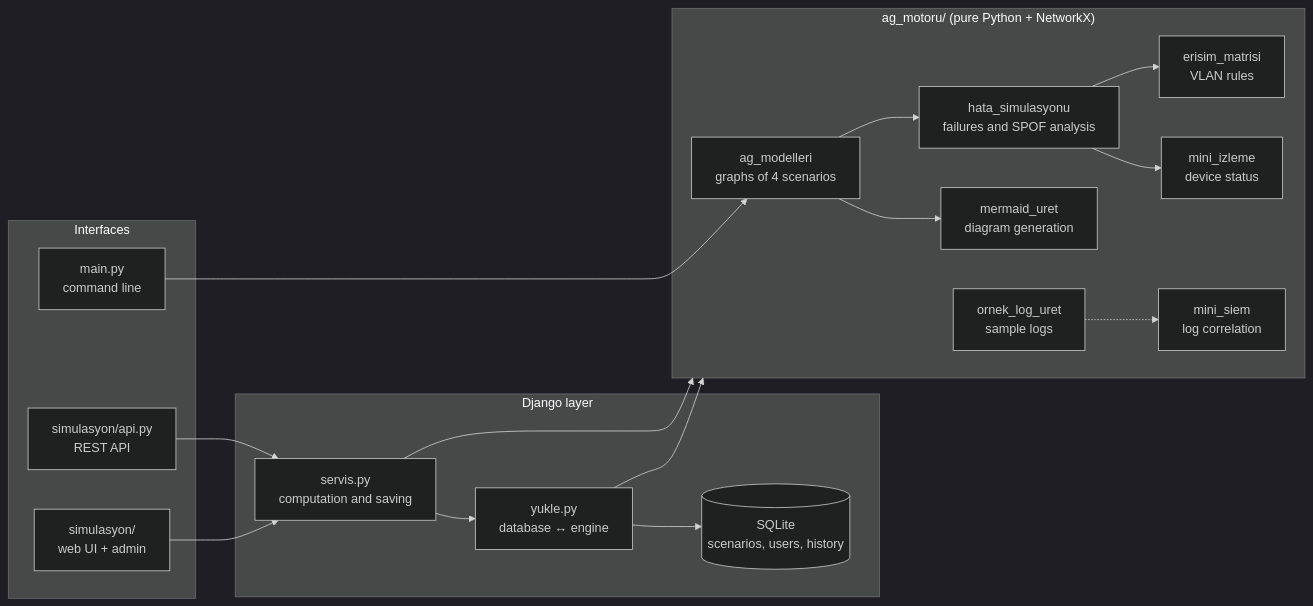
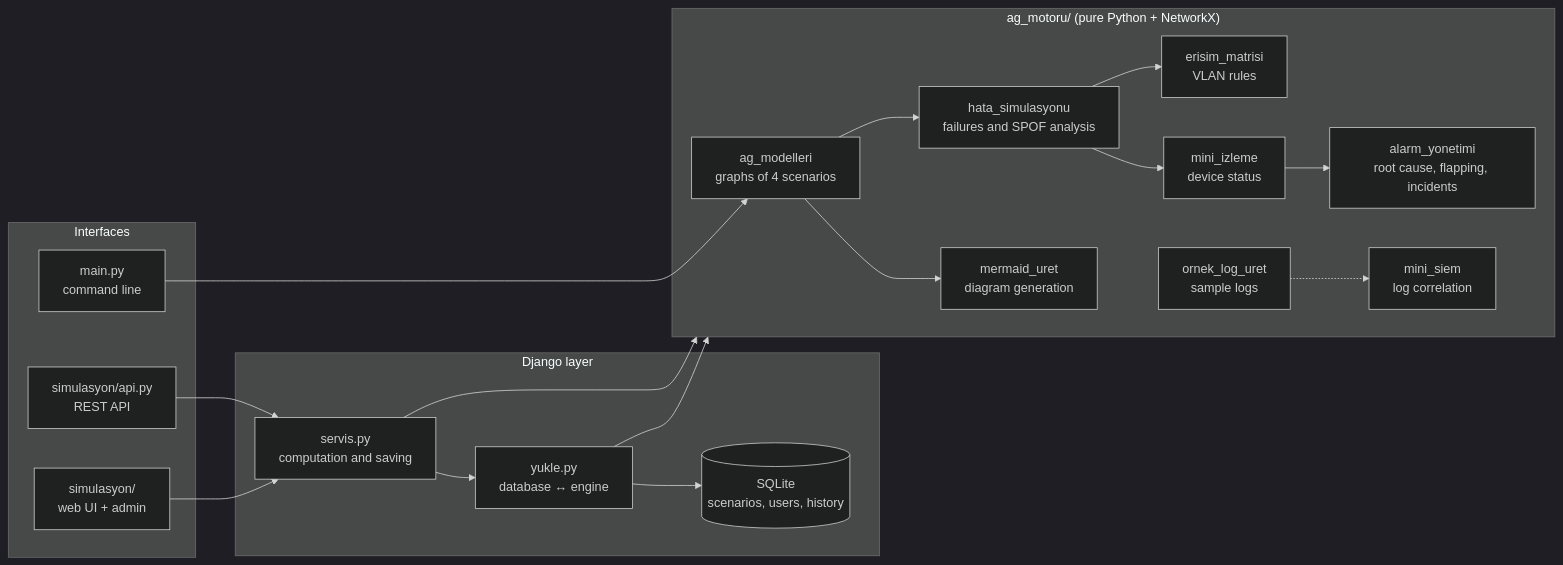
The first of 5 diagrams in README.en.md (ikrabaser/network-topology-simulation), drawn with Mermaid (dark theme) before and after one commit. The commit also changed other lines of this file and 4 other files, not shown here.

````diff
--- a/README.en.md
+++ b/README.en.md
@@ -24,34 +25,36 @@
 ```mermaid
 flowchart LR
     subgraph arayuz["Interfaces"]
         cli["main.py<br/>command line"]
         web["simulasyon/<br/>web UI + admin"]
         api["simulasyon/api.py<br/>REST API"]
     end
     subgraph katman["Django layer"]
         servis["servis.py<br/>computation and saving"]
         yukle["yukle.py<br/>database ↔ engine"]
         db[("SQLite<br/>scenarios, users, history")]
     end
     subgraph motor["ag_motoru/ (pure Python + NetworkX)"]
         modeller["ag_modelleri<br/>graphs of 4 scenarios"]
         hata["hata_simulasyonu<br/>failures and SPOF analysis"]
         erisim["erisim_matrisi<br/>VLAN rules"]
         izleme["mini_izleme<br/>device status"]
+        alarm["alarm_yonetimi<br/>root cause, flapping, incidents"]
         diyagram["mermaid_uret<br/>diagram generation"]
         siem["mini_siem<br/>log correlation"]
         loglar["ornek_log_uret<br/>sample logs"]
     end
     modeller --> hata
     hata --> erisim
     hata --> izleme
+    izleme --> alarm
     modeller --> diyagram
     loglar -.-> siem
     cli --> modeller
     web --> servis
     api --> servis
     servis --> yukle
     yukle --> db
     yukle --> motor
     servis --> motor
 ```
````
